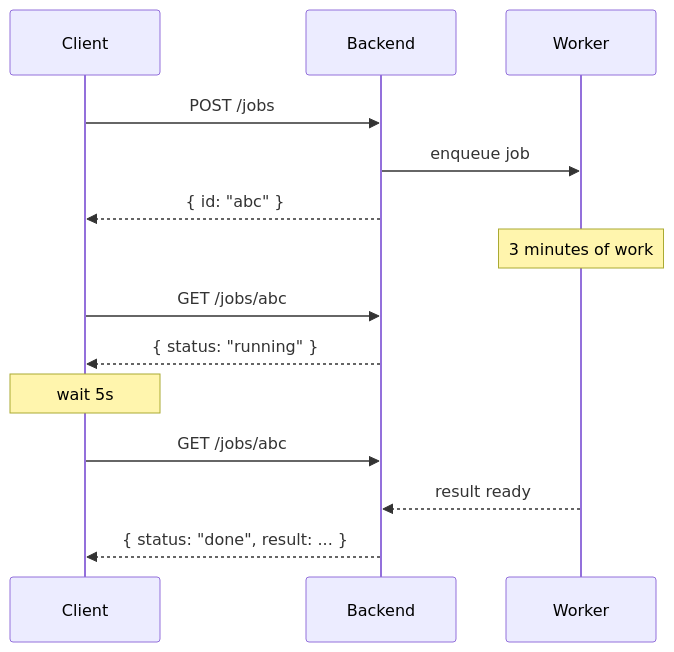
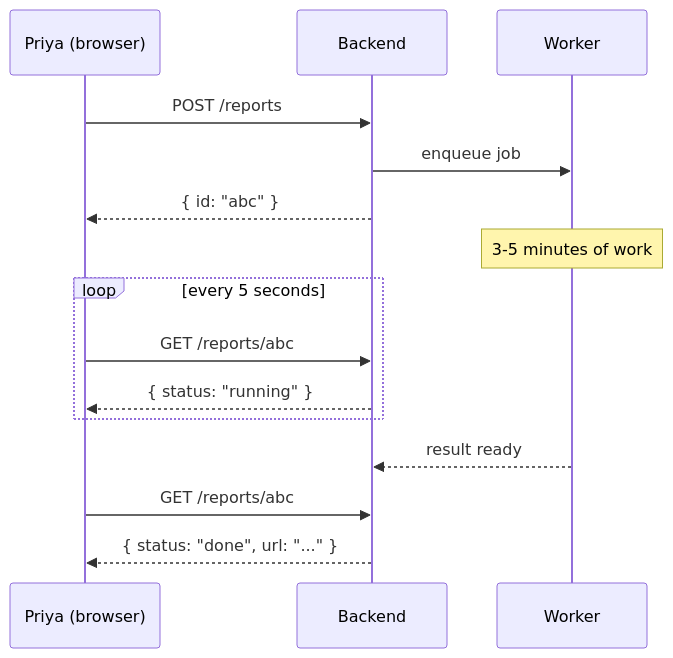
One commit to fnusatvik07/real-time-events changed the second of 8 diagrams in concepts/07_ai_agents_mcp.md. Above: the diagram before and after it, drawn with Mermaid. The commit also changed other lines of this file and 7 other files, not shown here.

````diff
--- a/concepts/07_ai_agents_mcp.md
+++ b/concepts/07_ai_agents_mcp.md
@@ -60,16 +99,17 @@
 ```mermaid
 sequenceDiagram
-    participant C as Client
+    participant C as Priya (browser)
     participant B as Backend
     participant W as Worker
-    C->>B: POST /jobs
+    C->>B: POST /reports
     B->>W: enqueue job
     B-->>C: { id: "abc" }
-    Note over W: 3 minutes of work
-    C->>B: GET /jobs/abc
-    B-->>C: { status: "running" }
-    Note over C: wait 5s
-    C->>B: GET /jobs/abc
+    Note over W: 3-5 minutes of work
+    loop every 5 seconds
+        C->>B: GET /reports/abc
+        B-->>C: { status: "running" }
+    end
     W-->>B: result ready
-    B-->>C: { status: "done", result: ... }
+    C->>B: GET /reports/abc
+    B-->>C: { status: "done", url: "..." }
 ```
````
